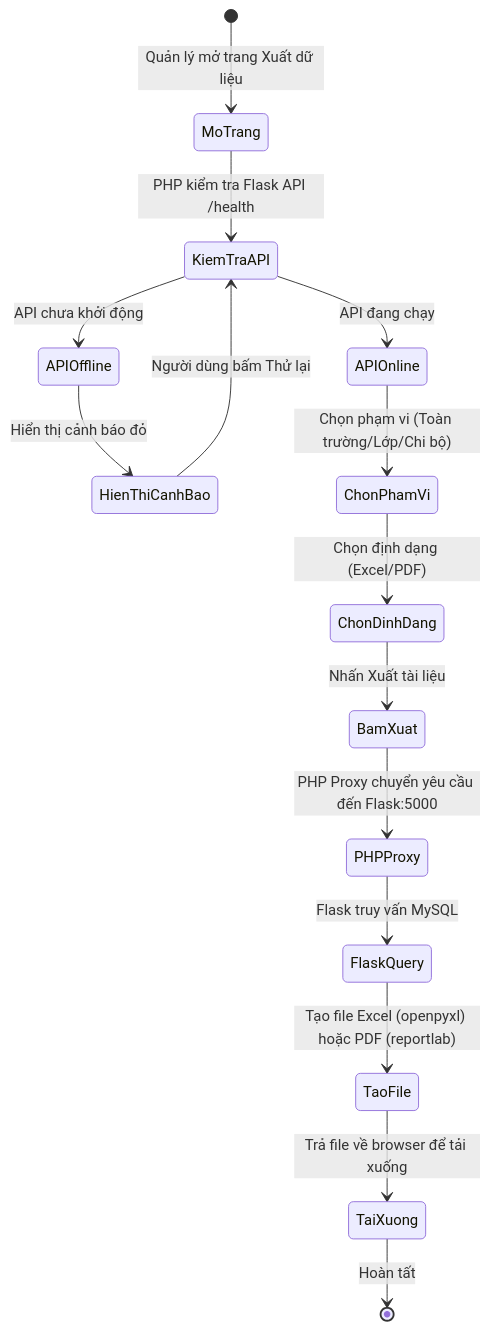
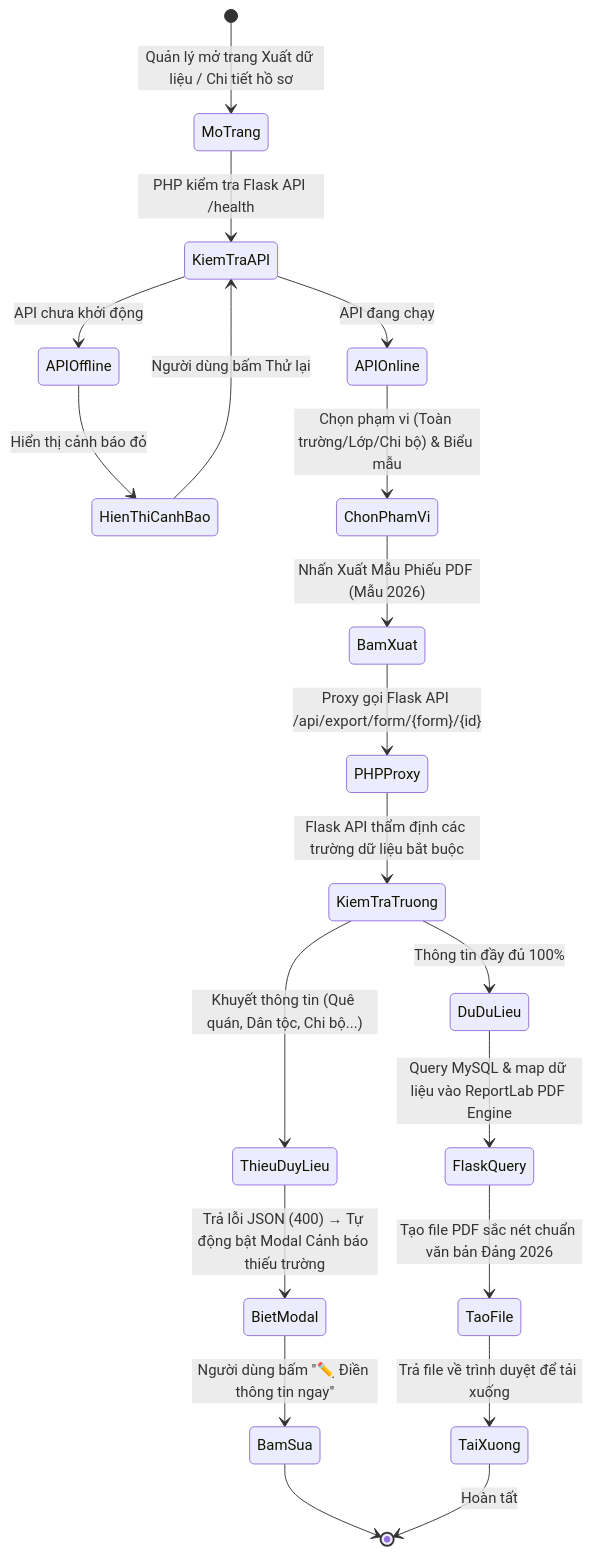
One commit to Datdajt03/QLQTUT-Dang changed the fifth of 9 diagrams in chitiet.md. Above: the diagram before and after it, drawn with Mermaid. The commit also changed other lines of this file and 36 other files, not shown here.

````diff
--- a/chitiet.md
+++ b/chitiet.md
@@ -314,20 +388,29 @@
 ```mermaid
 stateDiagram-v2
-    [*] --> MoTrang : Quản lý mở trang Xuất dữ liệu
+    [*] --> MoTrang : Quản lý mở trang Xuất dữ liệu / Chi tiết hồ sơ
     MoTrang --> KiemTraAPI : PHP kiểm tra Flask API /health
     KiemTraAPI --> APIOnline : API đang chạy
     KiemTraAPI --> APIOffline : API chưa khởi động
 
     APIOffline --> HienThiCanhBao : Hiển thị cảnh báo đỏ
     HienThiCanhBao --> KiemTraAPI : Người dùng bấm Thử lại
 
-    APIOnline --> ChonPhamVi : Chọn phạm vi (Toàn trường/Lớp/Chi bộ)
-    ChonPhamVi --> ChonDinhDang : Chọn định dạng (Excel/PDF)
-    ChonDinhDang --> BamXuat : Nhấn Xuất tài liệu
+    APIOnline --> ChonPhamVi : Chọn phạm vi (Toàn trường/Lớp/Chi bộ) & Biểu mẫu
+    ChonPhamVi --> BamXuat : Nhấn Xuất Mẫu Phiếu PDF (Mẫu 2026)
 
-    BamXuat --> PHPProxy : PHP Proxy chuyển yêu cầu đến Flask:5000
-    PHPProxy --> FlaskQuery : Flask truy vấn MySQL
-    FlaskQuery --> TaoFile : Tạo file Excel (openpyxl) hoặc PDF (reportlab)
-    TaoFile --> TaiXuong : Trả file về browser để tải xuống
+    BamXuat --> PHPProxy : Proxy gọi Flask API /api/export/form/{form}/{id}
+    PHPProxy --> KiemTraTruong : Flask API thẩm định các trường dữ liệu bắt buộc
+
+    state KiemTraTruong <<choice>>
+    KiemTraTruong --> ThieuDuyLieu : Khuyết thông tin (Quê quán, Dân tộc, Chi bộ...)
+    KiemTraTruong --> DuDuLieu : Thông tin đầy đủ 100%
+
+    ThieuDuyLieu --> BietModal : Trả lỗi JSON (400) → Tự động bật Modal Cảnh báo thiếu trường
+    BietModal --> BamSua : Người dùng bấm "✏️ Điền thông tin ngay"
+    BamSua --> [*]
+
+    DuDuLieu --> FlaskQuery : Query MySQL & map dữ liệu vào ReportLab PDF Engine
+    FlaskQuery --> TaoFile : Tạo file PDF sắc nét chuẩn văn bản Đảng 2026
+    TaoFile --> TaiXuong : Trả file về trình duyệt để tải xuống
     TaiXuong --> [*] : Hoàn tất
 ```
````
